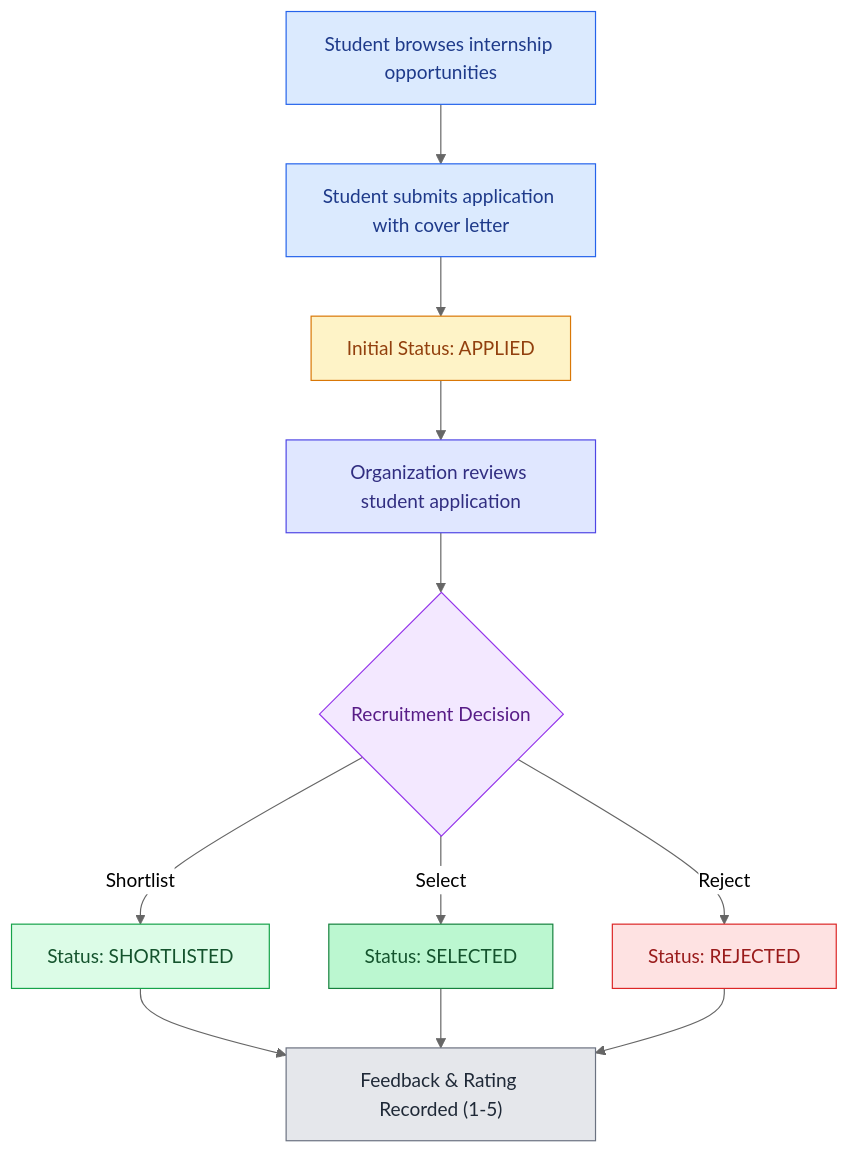
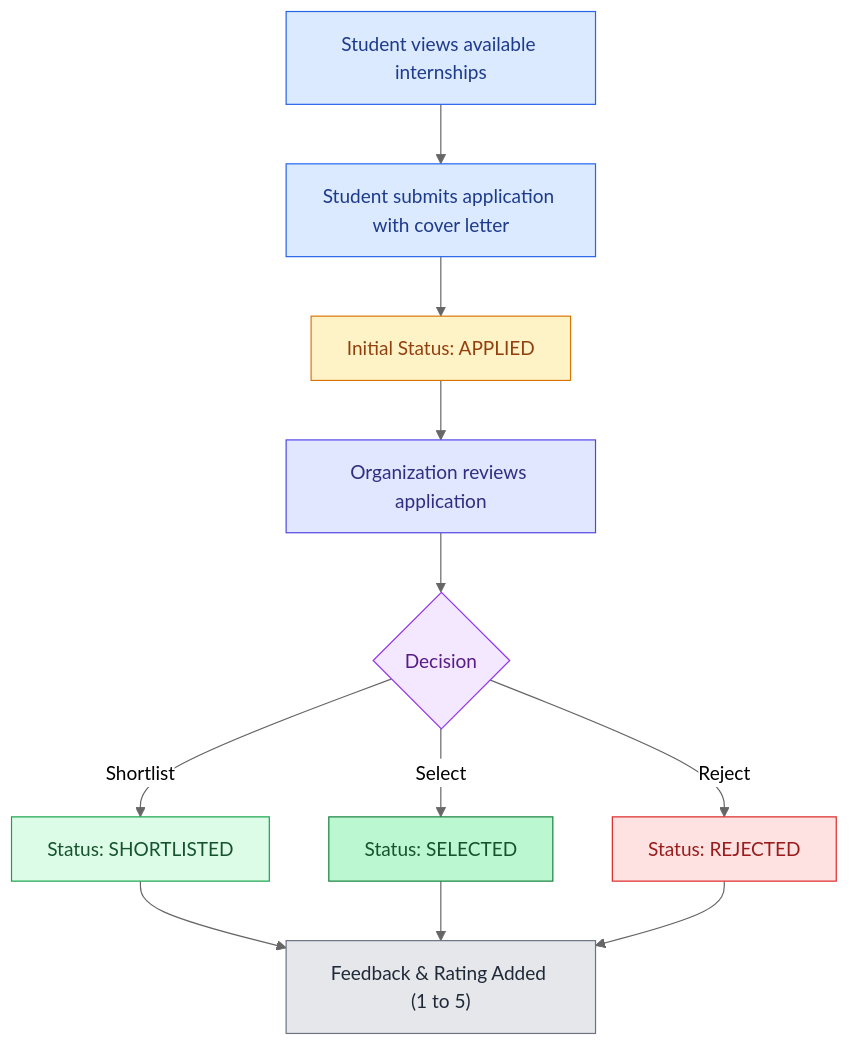
One commit to JVP008/Internship-Tracker changed the first of 3 diagrams in README.md. Above: the diagram before and after it, drawn with Mermaid (neutral theme). The commit also changed other lines of this file, not shown here.

````diff
--- a/README.md
+++ b/README.md
@@ -55,23 +55,23 @@
 ```mermaid
 flowchart TD
-    A["Student browses internship opportunities"] --> B["Student submits application with cover letter"]
+    A["Student views available internships"] --> B["Student submits application with cover letter"]
     B --> C["Initial Status: APPLIED"]
-    C --> D["Organization reviews student application"]
-    D --> E{"Recruitment Decision"}
+    C --> D["Organization reviews application"]
+    D --> E{"Decision"}
     E -->|Shortlist| F["Status: SHORTLISTED"]
     E -->|Select| G["Status: SELECTED"]
     E -->|Reject| H["Status: REJECTED"]
-    F --> I["Feedback & Rating Recorded (1-5)"]
+    F --> I["Feedback & Rating Added (1 to 5)"]
     G --> I
     H --> I
 
     style A fill:#dbeafe,stroke:#2563eb,color:#1e3a8a
     style B fill:#dbeafe,stroke:#2563eb,color:#1e3a8a
     style C fill:#fef3c7,stroke:#d97706,color:#92400e
     style D fill:#e0e7ff,stroke:#4f46e5,color:#312e81
     style E fill:#f3e8ff,stroke:#9333ea,color:#581c87
     style F fill:#dcfce7,stroke:#16a34a,color:#14532d
     style G fill:#bbf7d0,stroke:#15803d,color:#14532d
     style H fill:#fee2e2,stroke:#dc2626,color:#991b1b
     style I fill:#e5e7eb,stroke:#6b7280,color:#1f2937
 ```
````
